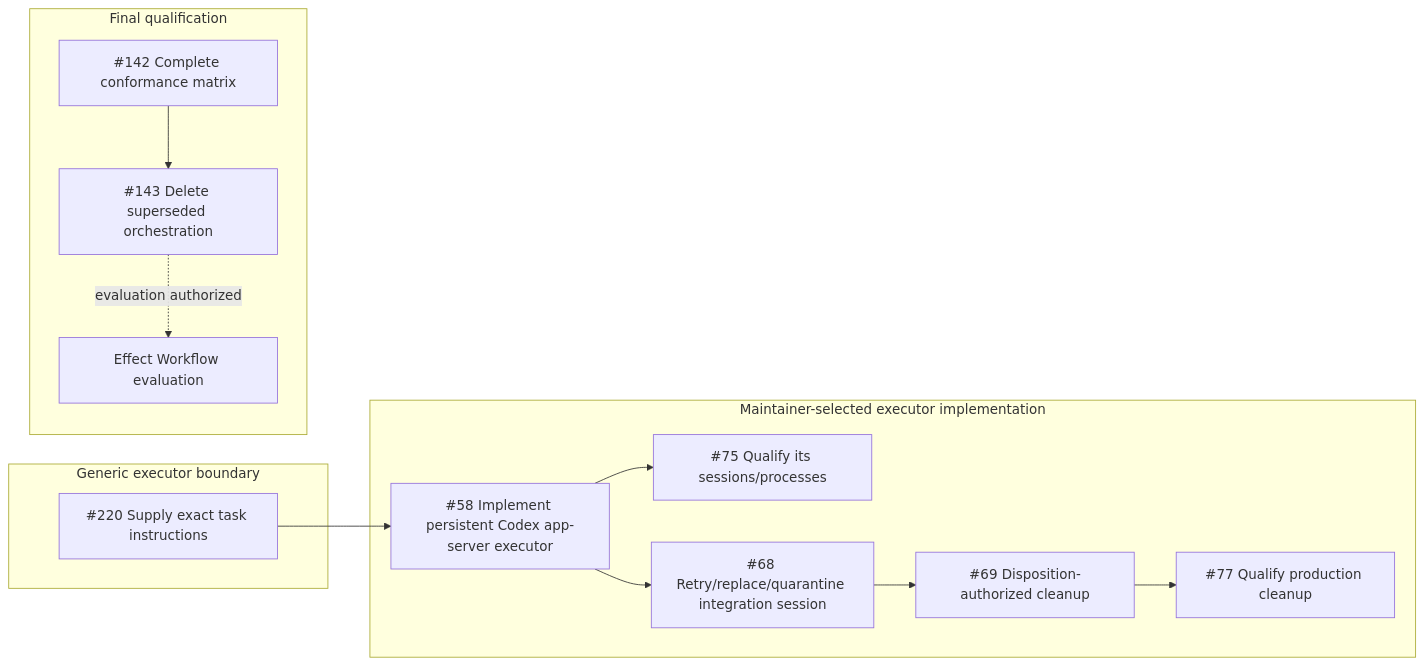
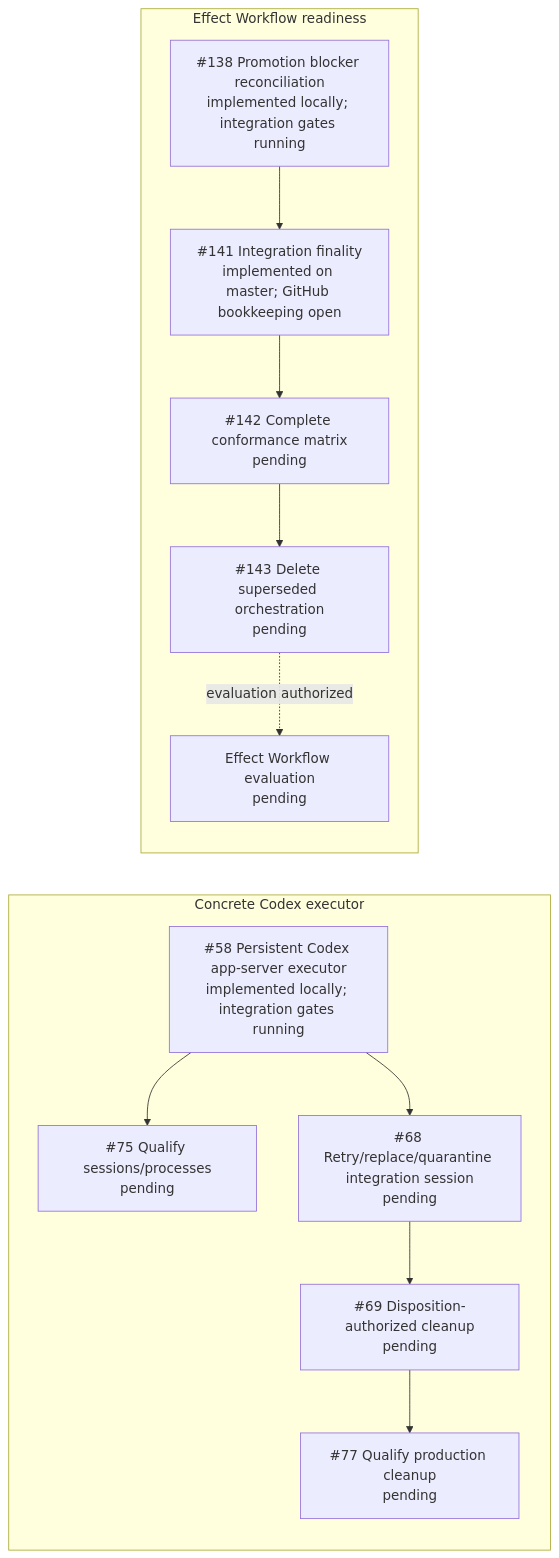
The diagram in research/effect-workflow-prerequisite-subgraph.md (dearlordylord/dalph), drawn with Mermaid before and after one commit. The commit also changed other lines of this file, not shown here.

Commit message:
docs: refresh executor and workflow prerequisite graph

````diff
--- a/research/effect-workflow-prerequisite-subgraph.md
+++ b/research/effect-workflow-prerequisite-subgraph.md
@@ -1,29 +1,28 @@
 ```mermaid
 flowchart LR
-  subgraph generic["Generic executor boundary"]
-    i220["#220 Supply exact task instructions"]
+  subgraph concrete["Concrete Codex executor"]
+    i58["#58 Persistent Codex app-server executor<br/>implemented locally; integration gates running"]
+    i75["#75 Qualify sessions/processes<br/>pending"]
+    i68["#68 Retry/replace/quarantine integration session<br/>pending"]
+    i69["#69 Disposition-authorized cleanup<br/>pending"]
+    i77["#77 Qualify production cleanup<br/>pending"]
   end
 
-  subgraph concrete["Maintainer-selected executor implementation"]
-    i58["#58 Implement persistent Codex app-server executor"]
-    i75["#75 Qualify its sessions/processes"]
-    i68["#68 Retry/replace/quarantine integration session"]
-    i69["#69 Disposition-authorized cleanup"]
-    i77["#77 Qualify production cleanup"]
+  subgraph workflow["Effect Workflow readiness"]
+    i138["#138 Promotion blocker reconciliation<br/>implemented locally; integration gates running"]
+    i141["#141 Integration finality<br/>implemented on master; GitHub bookkeeping open"]
+    i142["#142 Complete conformance matrix<br/>pending"]
+    i143["#143 Delete superseded orchestration<br/>pending"]
+    effectWorkflow["Effect Workflow evaluation<br/>pending"]
   end
 
-  subgraph final["Final qualification"]
-    i142["#142 Complete conformance matrix"]
-    i143["#143 Delete superseded orchestration"]
-    effectWorkflow["Effect Workflow evaluation"]
-  end
-
-  i142 --> i143
-  i143 -. evaluation authorized .-> effectWorkflow
-
-  i220 --> i58
   i58 --> i75
   i58 --> i68
   i68 --> i69
   i69 --> i77
+
+  i138 --> i141
+  i141 --> i142
+  i142 --> i143
+  i143 -. evaluation authorized .-> effectWorkflow
 ```
````
